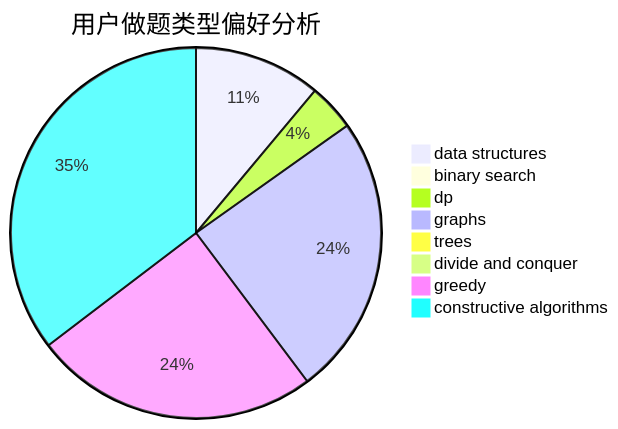
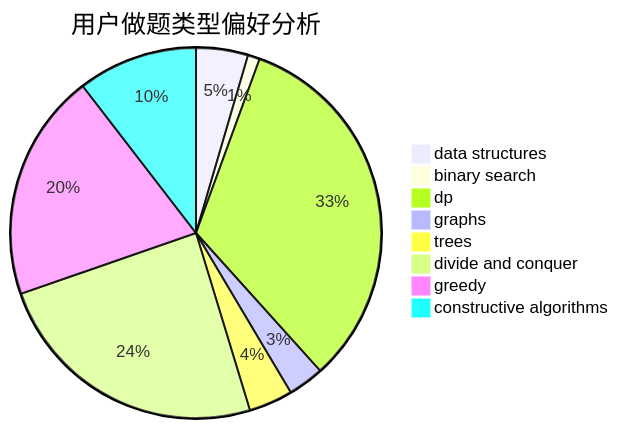
One commit to sherpahu/cfrs.github.io changed the second of 3 diagrams in docs/user/u1008.md. Above: the diagram before and after it, drawn with Mermaid. The commit also changed other lines of this file and 2770 other files, not shown here.

````diff
--- a/docs/user/u1008.md
+++ b/docs/user/u1008.md
@@ -23,11 +23,11 @@
 ```mermaid
 pie title 用户做题类型偏好分析
-    "data structures" :  73
-    "binary search" :  5
-    "dp" :  27
-    "graphs" :  162
-    "trees" :  6
-    "divide and conquer" :  0
-    "greedy" :  164
-    "constructive algorithms" :  233
+    "data structures" :  13
+    "binary search" :  3
+    "dp" :  94
+    "graphs" :  9
+    "trees" :  11
+    "divide and conquer" :  70
+    "greedy" :  57
+    "constructive algorithms" :  30
 ```
````
